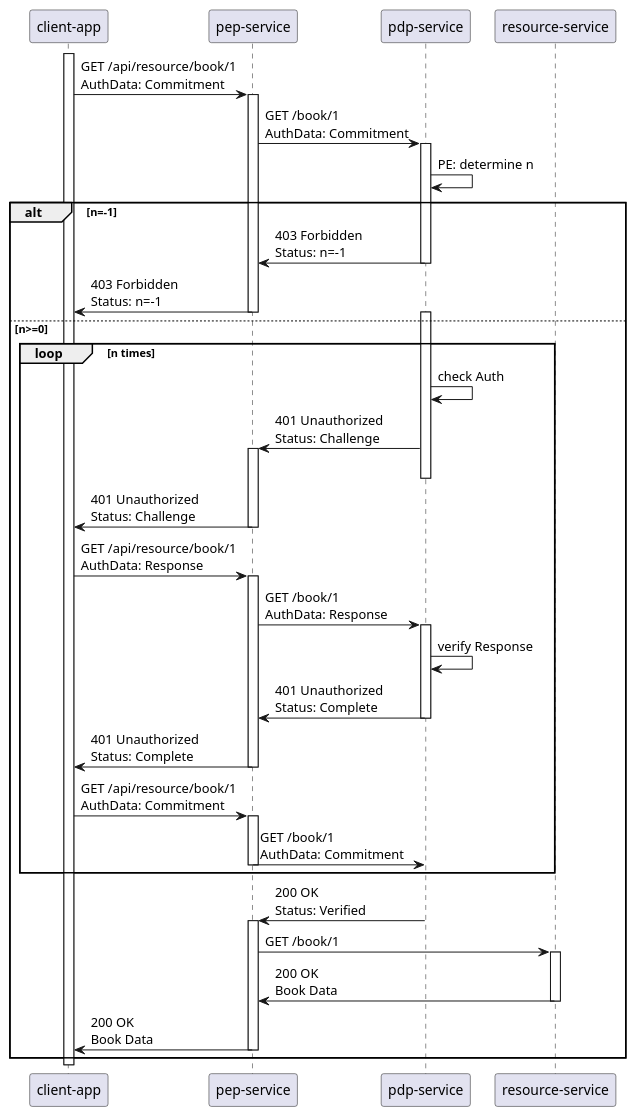
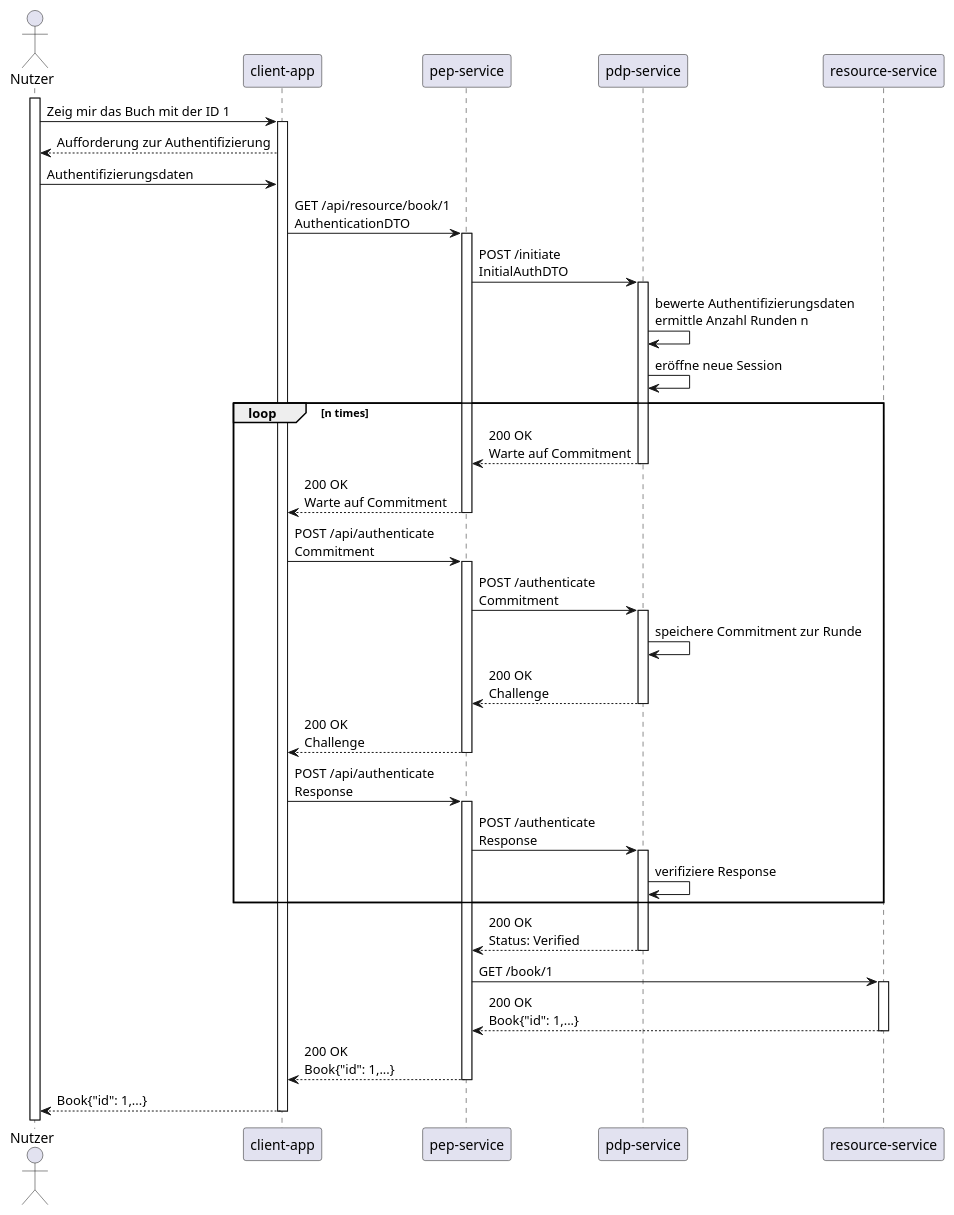
One commit to nschubi/zero-trust-zkp-poc changed the diagram in doc/plantuml/get_single_book.puml. Above: the diagram before and after it, drawn with PlantUML. The commit also changed 1 other file, not shown here.

Commit message:
[zero-trust-zkp-poc] update sequence diagrams

```diff
--- a/doc/plantuml/get_single_book.puml
+++ b/doc/plantuml/get_single_book.puml
@@ -1,53 +1,50 @@
 @startuml
+actor Nutzer as User
 participant "client-app" as client
 participant "pep-service" as pep
 participant "pdp-service" as pdp
 participant "resource-service" as resource
 
+activate User
+User -> client : Zeig mir das Buch mit der ID 1
 activate client
+client --> User: Aufforderung zur Authentifizierung
+User -> client : Authentifizierungsdaten
 
-client -> pep : GET /api/resource/book/1\nAuthData: Commitment
+client -> pep : GET /api/resource/book/1\nAuthenticationDTO
 activate pep
-''TODO Which Method does the pep use to access the pdp? Always GET?
-pep -> pdp : GET /book/1\nAuthData: Commitment
+pep -> pdp : POST /initiate\nInitialAuthDTO
 activate pdp
-pdp -> pdp: PE: determine n
-alt n=-1
-    pdp -> pep : 403 Forbidden\nStatus: n=-1
+pdp -> pdp: bewerte Authentifizierungsdaten\nermittle Anzahl Runden n
+pdp -> pdp: eröffne neue Session
+loop n times
+    pdp --> pep : 200 OK\nWarte auf Commitment
     deactivate pdp
-    pep -> client : 403 Forbidden\nStatus: n=-1
+    pep --> client: 200 OK\nWarte auf Commitment
     deactivate pep
-else n>=0
-    loop n times
-        activate pdp
-        pdp -> pdp: check Auth
-        pdp -> pep: 401 Unauthorized\nStatus: Challenge
-        activate pep
-        deactivate pdp
-        pep -> client: 401 Unauthorized\nStatus: Challenge
-        deactivate pep
-        client -> pep: GET /api/resource/book/1\nAuthData: Response
-        activate pep
-        pep -> pdp: GET /book/1\nAuthData: Response
-        activate pdp
-        pdp -> pdp: verify Response
-        pdp -> pep: 401 Unauthorized\nStatus: Complete
-        deactivate pdp
-        pep -> client: 401 Unauthorized\nStatus: Complete
-        deactivate pep
-        client -> pep: GET /api/resource/book/1\nAuthData: Commitment
-        activate pep
-        pep -> pdp: GET /book/1\nAuthData: Commitment
-        deactivate pep
-    end
-    pdp -> pep: 200 OK\nStatus: Verified
+    client -> pep: POST /api/authenticate\nCommitment
     activate pep
-    pep -> resource: GET /book/1
-    activate resource
-    resource -> pep: 200 OK\nBook Data
-    deactivate resource
-    pep -> client: 200 OK\nBook Data
+    pep -> pdp: POST /authenticate\nCommitment
+    activate pdp
+    pdp -> pdp: speichere Commitment zur Runde
+    pdp --> pep: 200 OK\nChallenge
+    deactivate pdp
+    pep --> client: 200 OK\nChallenge
     deactivate pep
+    client -> pep: POST /api/authenticate\nResponse
+    activate pep
+    pep -> pdp: POST /authenticate\nResponse
+    activate pdp
+    pdp -> pdp: verifiziere Response
 end
+pdp --> pep: 200 OK\nStatus: Verified
+deactivate pdp
+pep -> resource: GET /book/1
+activate resource
+resource --> pep: 200 OK\nBook{"id": 1,...}
+deactivate resource
+pep --> client: 200 OK\nBook{"id": 1,...}
+deactivate pep
+client --> User: Book{"id": 1,...}
 deactivate client
 @enduml
```
